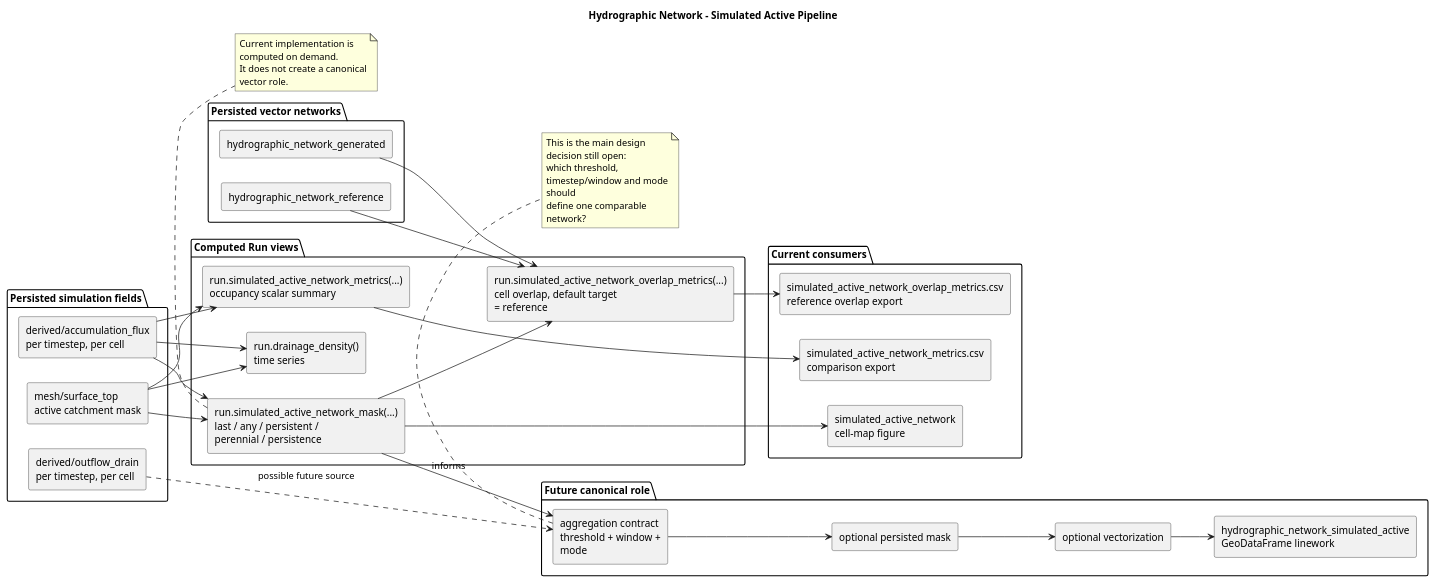
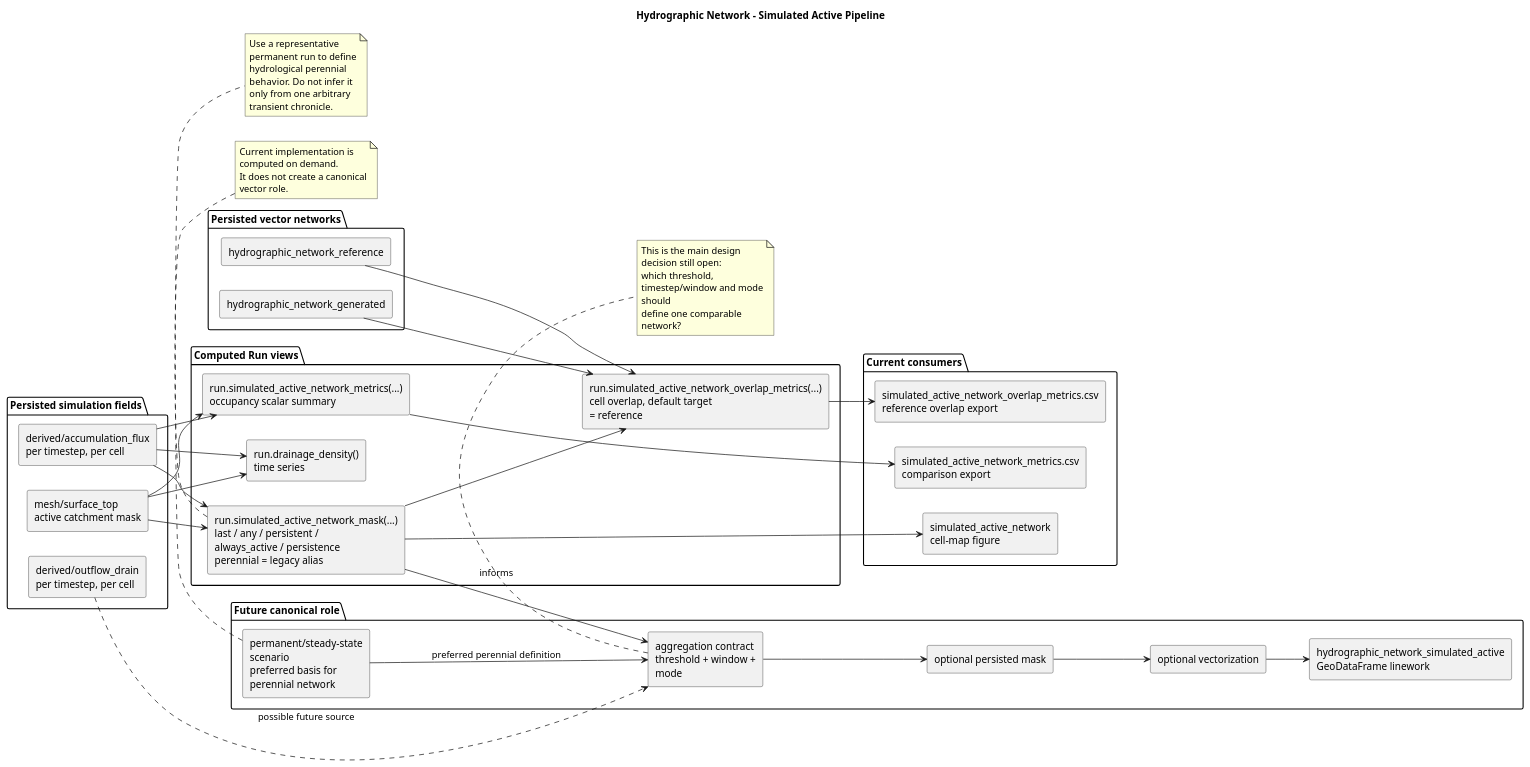
The diagram in docs/readthedocs/source/architecture/overview/diagrams/hydrographic_network_simulated_active_pipeline.wsd (HydroModPy/HydroModPy), drawn with PlantUML before and after one commit. The commit also changed 141 other files, not shown here.

```diff
--- a/docs/readthedocs/source/architecture/overview/diagrams/hydrographic_network_simulated_active_pipeline.wsd
+++ b/docs/readthedocs/source/architecture/overview/diagrams/hydrographic_network_simulated_active_pipeline.wsd
@@ -1,68 +1,76 @@
 @startuml
 title Hydrographic Network - Simulated Active Pipeline
 left to right direction
 skinparam componentStyle rectangle
 skinparam wrapWidth 180
 
 package "Persisted simulation fields" {
   component "derived/accumulation_flux\nper timestep, per cell" as AccumulationFlux
   component "derived/outflow_drain\nper timestep, per cell" as OutflowDrain
   component "mesh/surface_top\nactive catchment mask" as SurfaceTop
 }
 
 package "Computed Run views" {
-  component "run.simulated_active_network_mask(...)\nlast / any / persistent / perennial / persistence" as ActiveMask
+  component "run.simulated_active_network_mask(...)\nlast / any / persistent / always_active / persistence\nperennial = legacy alias" as ActiveMask
   component "run.simulated_active_network_metrics(...)\noccupancy scalar summary" as ActiveMetrics
   component "run.simulated_active_network_overlap_metrics(...)\ncell overlap, default target = reference" as OverlapMetrics
   component "run.drainage_density()\ntime series" as DrainageDensity
 }
 
 package "Current consumers" {
   component "simulated_active_network\ncell-map figure" as ActiveFigure
   component "simulated_active_network_metrics.csv\ncomparison export" as MetricsExport
   component "simulated_active_network_overlap_metrics.csv\nreference overlap export" as OverlapExport
 }
 
 package "Persisted vector networks" {
   component "hydrographic_network_reference" as ReferenceNetwork
   component "hydrographic_network_generated" as GeneratedNetwork
 }
 
 package "Future canonical role" {
   component "aggregation contract\nthreshold + window + mode" as Contract
+  component "permanent/steady-state scenario\npreferred basis for perennial network" as PermanentScenario
   component "optional persisted mask" as PersistedMask
   component "optional vectorization" as Vectorization
   component "hydrographic_network_simulated_active\nGeoDataFrame linework" as SimulatedActiveRole
 }
 
 AccumulationFlux --> ActiveMask
 SurfaceTop --> ActiveMask
 AccumulationFlux --> ActiveMetrics
 SurfaceTop --> ActiveMetrics
 AccumulationFlux --> DrainageDensity
 SurfaceTop --> DrainageDensity
 OutflowDrain ..> Contract : possible future source
 
 ActiveMask --> ActiveFigure
 ActiveMetrics --> MetricsExport
 ActiveMask --> OverlapMetrics
 ReferenceNetwork --> OverlapMetrics
 GeneratedNetwork --> OverlapMetrics
 OverlapMetrics --> OverlapExport
 
 ActiveMask --> Contract : informs
+PermanentScenario --> Contract : preferred perennial definition
 Contract --> PersistedMask
 PersistedMask --> Vectorization
 Vectorization --> SimulatedActiveRole
 
 note bottom of ActiveMask
 Current implementation is computed on demand.
 It does not create a canonical vector role.
 end note
 
 note bottom of Contract
 This is the main design decision still open:
 which threshold, timestep/window and mode should
 define one comparable network?
 end note
+
+note bottom of PermanentScenario
+Use a representative permanent run to define
+hydrological perennial behavior. Do not infer it
+only from one arbitrary transient chronicle.
+end note
 @enduml
```
